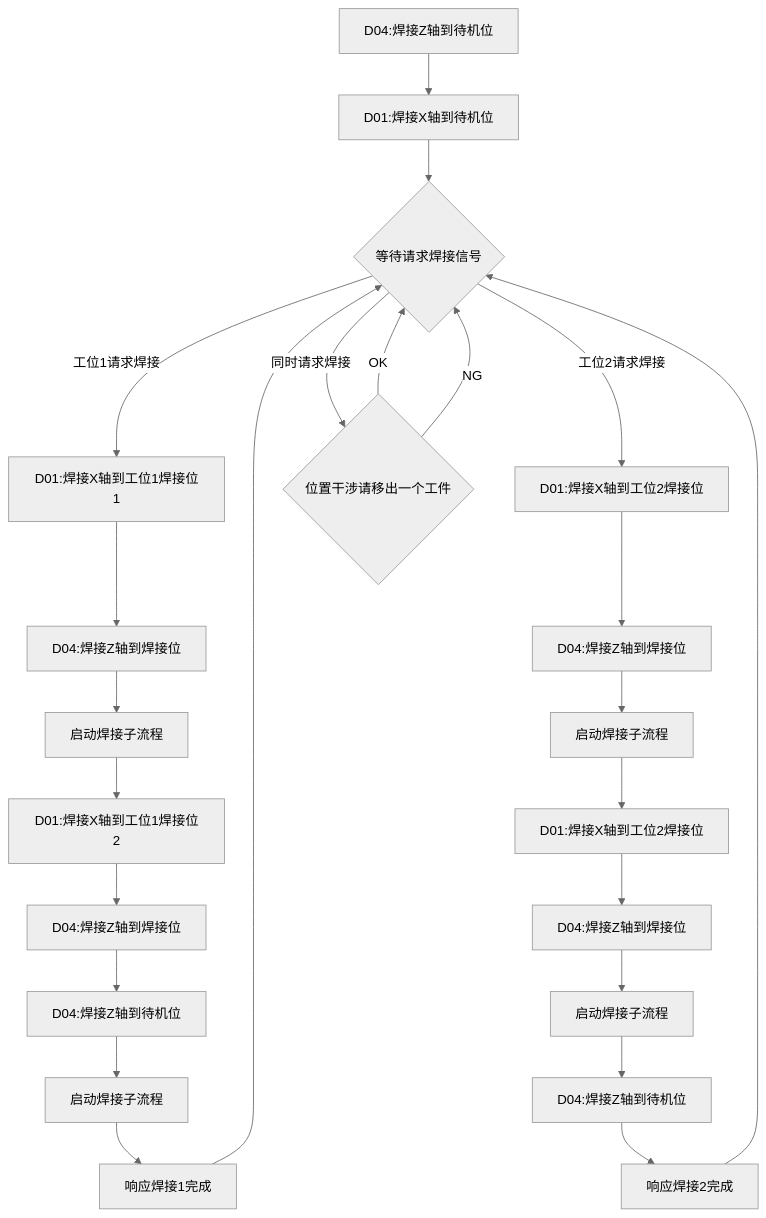
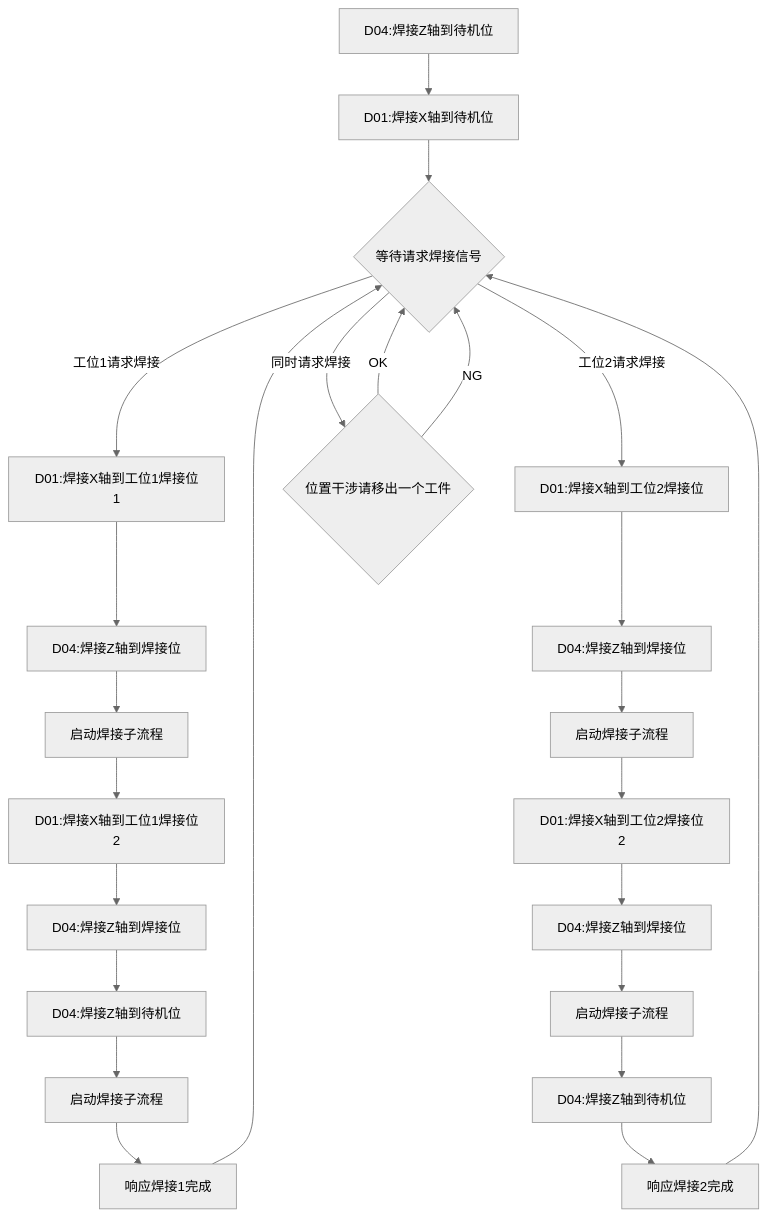
Before and after one commit to PengKun1/iodraw-files: the diagram in all/OP20-1焊接工位自动流程.md, drawn with Mermaid (neutral theme).

Commit message:
2024-08-07 14:13:16 update

````diff
--- a/all/OP20-1焊接工位自动流程.md
+++ b/all/OP20-1焊接工位自动流程.md
@@ -1,26 +1,26 @@
 ```mermaid
 graph TD
 10[D04:焊接Z轴到待机位]-->20
 20[D01:焊接X轴到待机位]-->30
 30{等待请求焊接信号}-->|工位1请求焊接|40
 30-->|工位2请求焊接|200
 30-->|同时请求焊接|900
 40[D01:焊接X轴到工位1焊接位1]-->50
 50[D04:焊接Z轴到焊接位]-->60
 60[启动焊接子流程]-->70
 70[D01:焊接X轴到工位1焊接位2]-->80
 80[D04:焊接Z轴到焊接位]-->90
 90[D04:焊接Z轴到待机位]-->100
 100[启动焊接子流程]-->110
 110[响应焊接1完成]-->30
 200[D01:焊接X轴到工位2焊接位]-->210
 210[D04:焊接Z轴到焊接位]-->220
 220[启动焊接子流程]-->230
-230[D01:焊接X轴到工位2焊接位]-->240
+230[D01:焊接X轴到工位2焊接位2]-->240
 240[D04:焊接Z轴到焊接位]-->250
 250[启动焊接子流程]-->260
 260[D04:焊接Z轴到待机位]-->270
 270[响应焊接2完成]-->30
 900{位置干涉请移出一个工件}-->|OK|30
 900-->|NG|30
 ```
````
